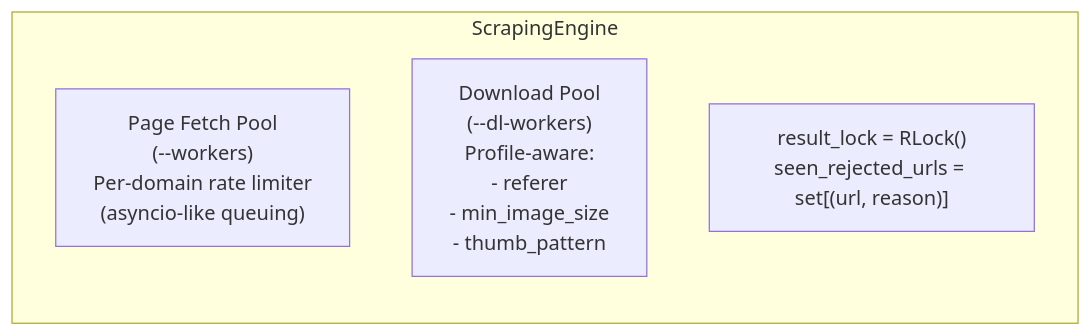
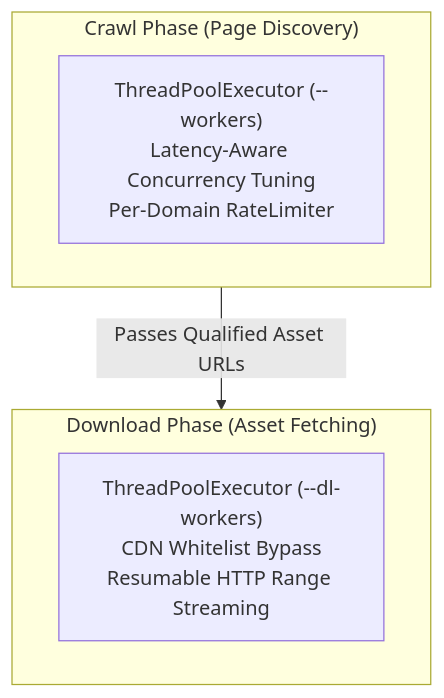
Before and after one commit to rhaffle87/scrAPE: the third of 3 diagrams in docs/ARCHITECTURE.md, drawn with Mermaid. The commit also changed other lines of this file and 11 other files, not shown here.

````diff
--- a/docs/ARCHITECTURE.md
+++ b/docs/ARCHITECTURE.md
@@ -287,8 +150,12 @@
 ```mermaid
-flowchart LR
-    subgraph SE["ScrapingEngine"]
-        PP["Page Fetch Pool<br/>(--workers)<br/>Per-domain rate limiter<br/>(asyncio-like queuing)"]
-        DP["Download Pool<br/>(--dl-workers)<br/>Profile-aware:<br/>- referer<br/>- min_image_size<br/>- thumb_pattern"]
-        RL["result_lock = RLock()<br/>seen_rejected_urls = set[(url, reason)]"]
+flowchart TD
+    subgraph CrawlPhase["Crawl Phase (Page Discovery)"]
+        PP["ThreadPoolExecutor (--workers)<br/>Latency-Aware Concurrency Tuning<br/>Per-Domain RateLimiter"]
     end
+
+    subgraph DownloadPhase["Download Phase (Asset Fetching)"]
+        DP["ThreadPoolExecutor (--dl-workers)<br/>CDN Whitelist Bypass<br/>Resumable HTTP Range Streaming"]
+    end
+
+    CrawlPhase -- Passes Qualified Asset URLs --> DownloadPhase
 ```
````
